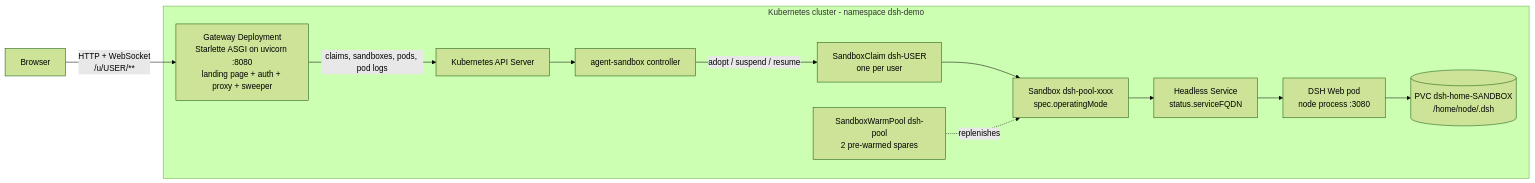
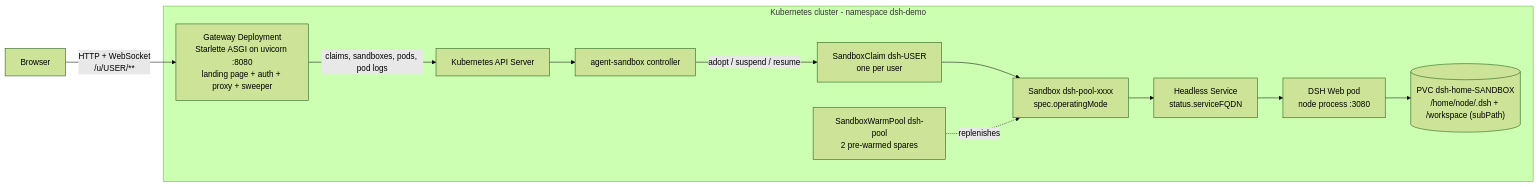
The first of 5 diagrams in examples/dsh-agents-as-a-service/docs/architecture.md (sredevopsorg/deepseek-kubernetes-sandbox), drawn with Mermaid (forest theme) before and after one commit. The commit also changed other lines of this file and 5 other files, not shown here.

First line of the commit message:
feat(example): persist the agent workspace on the PVC via subPath

````diff
--- a/examples/dsh-agents-as-a-service/docs/architecture.md
+++ b/examples/dsh-agents-as-a-service/docs/architecture.md
@@ -14,26 +14,26 @@
 ```mermaid
 flowchart LR
     browser["Browser"]
 
     subgraph cluster["Kubernetes cluster - namespace dsh-demo"]
         gw["Gateway Deployment<br/>Starlette ASGI on uvicorn :8080<br/>landing page + auth + proxy + sweeper"]
         api["Kubernetes API Server"]
         ctrl["agent-sandbox controller"]
         pool["SandboxWarmPool dsh-pool<br/>2 pre-warmed spares"]
         claim["SandboxClaim dsh-USER<br/>one per user"]
         sb["Sandbox dsh-pool-xxxx<br/>spec.operatingMode"]
         svc["Headless Service<br/>status.serviceFQDN"]
         pod["DSH Web pod<br/>node process :3080"]
-        pvc[("PVC dsh-home-SANDBOX<br/>/home/node/.dsh")]
+        pvc[("PVC dsh-home-SANDBOX<br/>/home/node/.dsh + /workspace (subPath)")]
     end
 
     browser -->|"HTTP + WebSocket<br/>/u/USER/**"| gw
     gw -->|"claims, sandboxes, pods, pod logs"| api
     api --> ctrl
     ctrl -->|"adopt / suspend / resume"| claim
     claim --> sb
     pool -.->|"replenishes"| sb
     sb --> svc
     svc --> pod
     pod --> pvc
 ```
````
